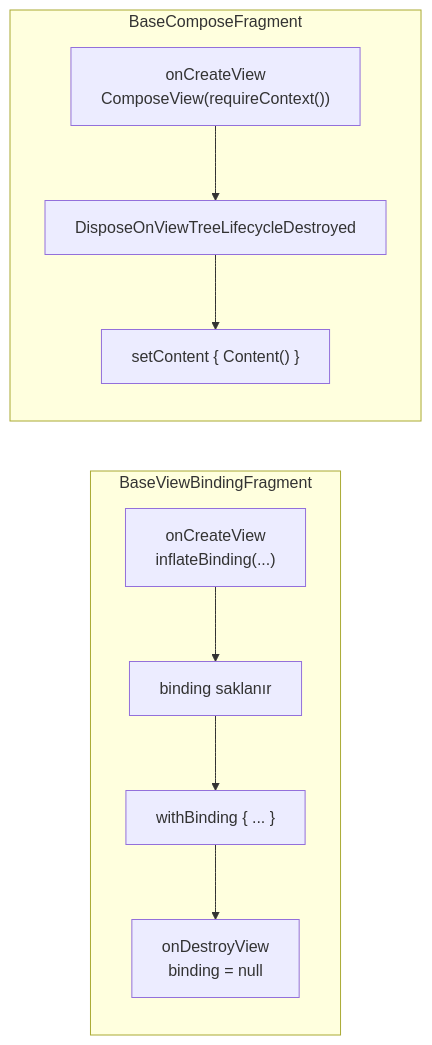
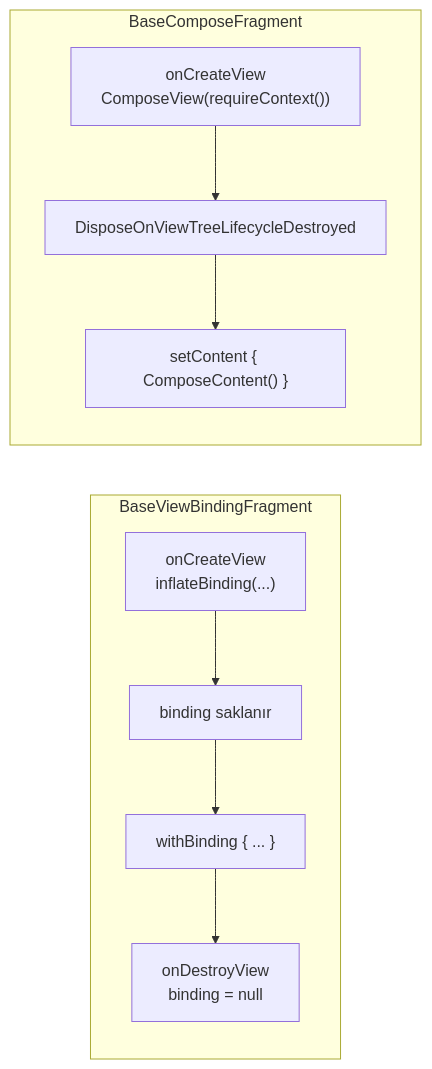
The fourth of 5 diagrams in docs/fragment-compose-codebase-mapping.md (onurKuscuogluTD/compose-mimari), drawn with Mermaid before and after one commit. The commit also changed other lines of this file and 5 other files, not shown here.

````diff
--- a/docs/fragment-compose-codebase-mapping.md
+++ b/docs/fragment-compose-codebase-mapping.md
@@ -147,17 +147,17 @@
 ```mermaid
 flowchart LR
     subgraph ViewBinding["BaseViewBindingFragment"]
         Inflate["onCreateView\ninflateBinding(...)"]
         Store["binding saklanır"]
         Access["withBinding { ... }"]
         Clear["onDestroyView\nbinding = null"]
         Inflate --> Store --> Access --> Clear
     end
 
     subgraph Compose["BaseComposeFragment"]
         CreateCV["onCreateView\nComposeView(requireContext())"]
         Strategy["DisposeOnViewTreeLifecycleDestroyed"]
-        Content["setContent { Content() }"]
+        Content["setContent { ComposeContent() }"]
         CreateCV --> Strategy --> Content
     end
 ```
````
